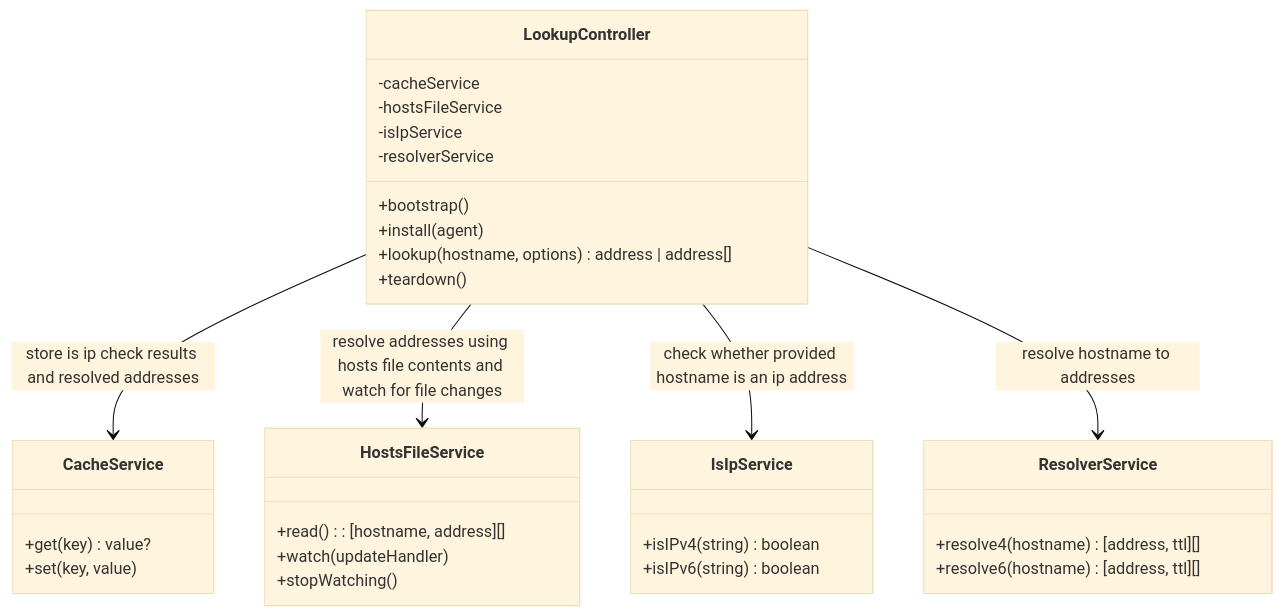
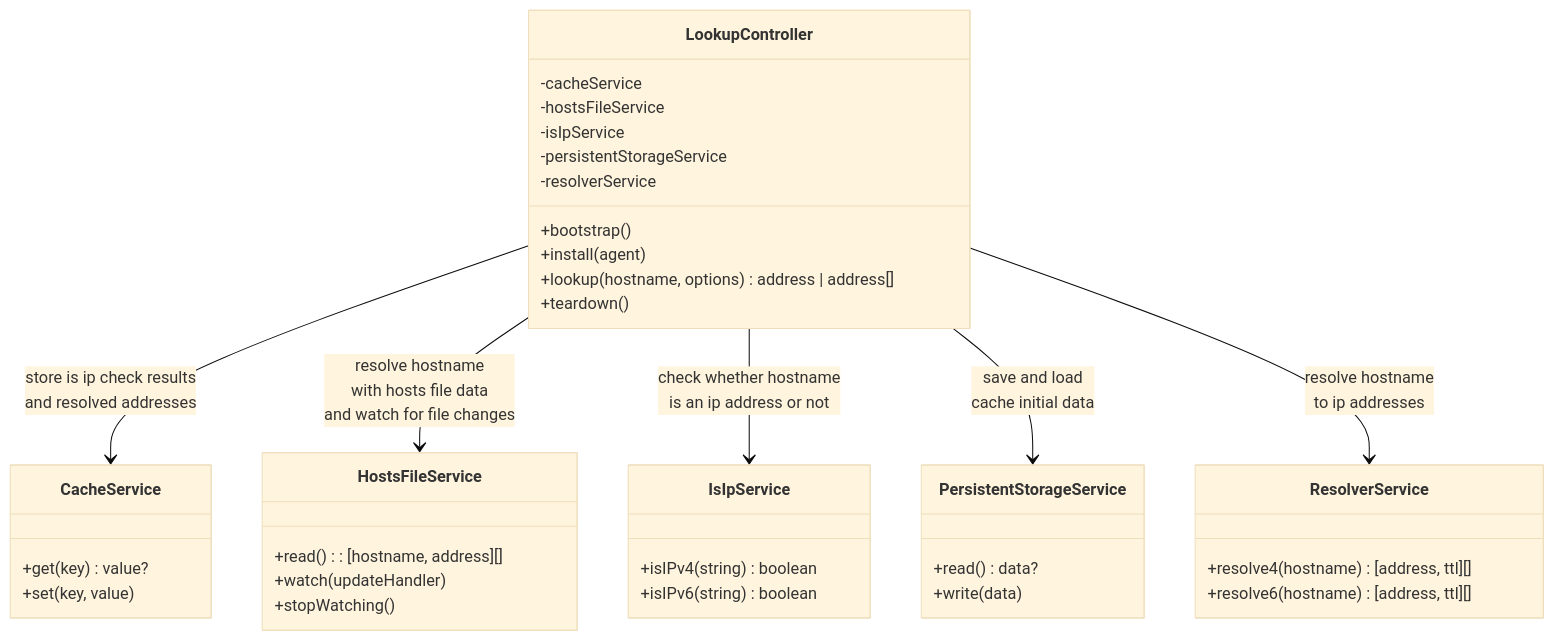
One commit to sempasha/super-dns-lookup changed the diagram in README.md. Above: the diagram before and after it, drawn with Mermaid (base theme). The commit also changed other lines of this file, not shown here.

Commit message:
docs: 📖 Add idea of persistent cache implementation via `PersistentStorageService`

````diff
--- a/README.md
+++ b/README.md
@@ -141,40 +141,47 @@
 ```mermaid
 classDiagram
 
 class CacheService {
   +get(key) value?
   +set(key, value)
 }
 
 class HostsFileService {
   +read(): [hostname, address][]
   +watch(updateHandler)
   +stopWatching()
 }
 
 class IsIpService {
   +isIPv4(string) boolean
   +isIPv6(string) boolean
 }
 
+class PersistentStorageService {
+  +read() data?
+  +write(data)
+}
+
 class ResolverService {
   +resolve4(hostname) [address, ttl][]
   +resolve6(hostname) [address, ttl][]
 }
 
 class LookupController {
   -cacheService
   -hostsFileService
   -isIpService
+  -persistentStorageService
   -resolverService
   +bootstrap()
   +install(agent)
   +lookup(hostname, options) address | address[]
   +teardown()
 }
 
-LookupController --> CacheService : store is ip check results and resolved addresses
-LookupController --> HostsFileService : resolve addresses using hosts file contents and watch for file changes
-LookupController --> IsIpService : check whether provided hostname is an ip address
-LookupController --> ResolverService : resolve hostname to addresses
+LookupController --> CacheService : store is ip check results<br />and resolved addresses
+LookupController --> HostsFileService : resolve hostname<br />with hosts file data<br />and watch for file changes
+LookupController --> IsIpService : check whether hostname<br />is an ip address or not
+LookupController --> PersistentStorageService : save and load<br />cache initial data
+LookupController --> ResolverService : resolve hostname<br />to ip addresses
 ```
````
